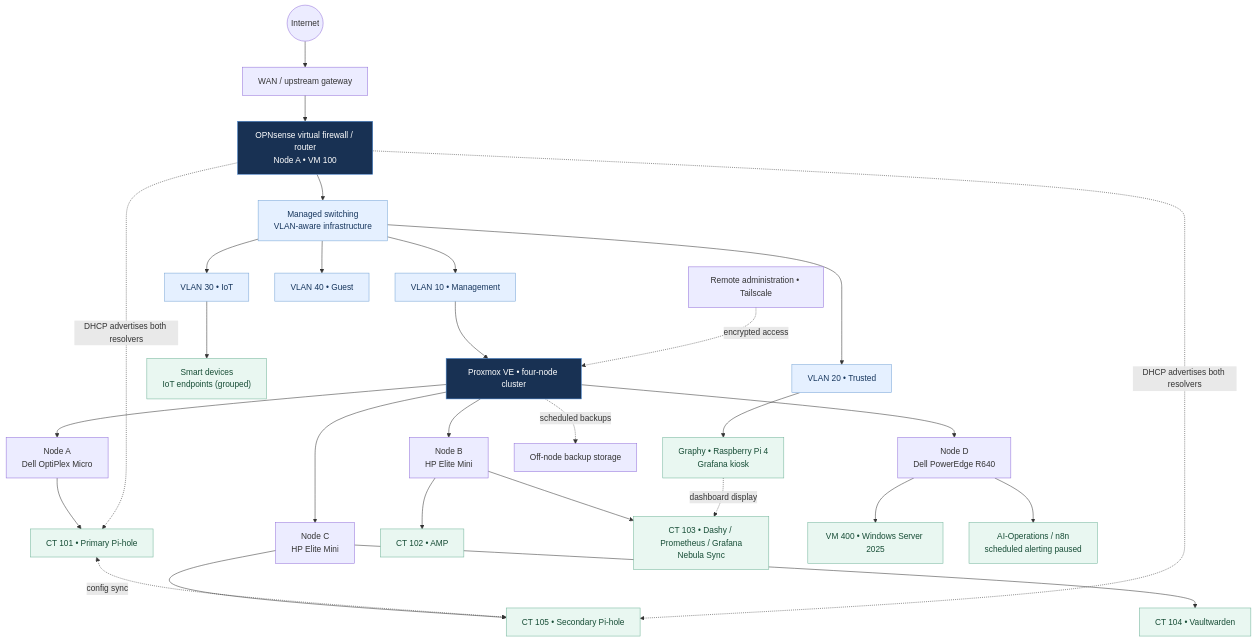
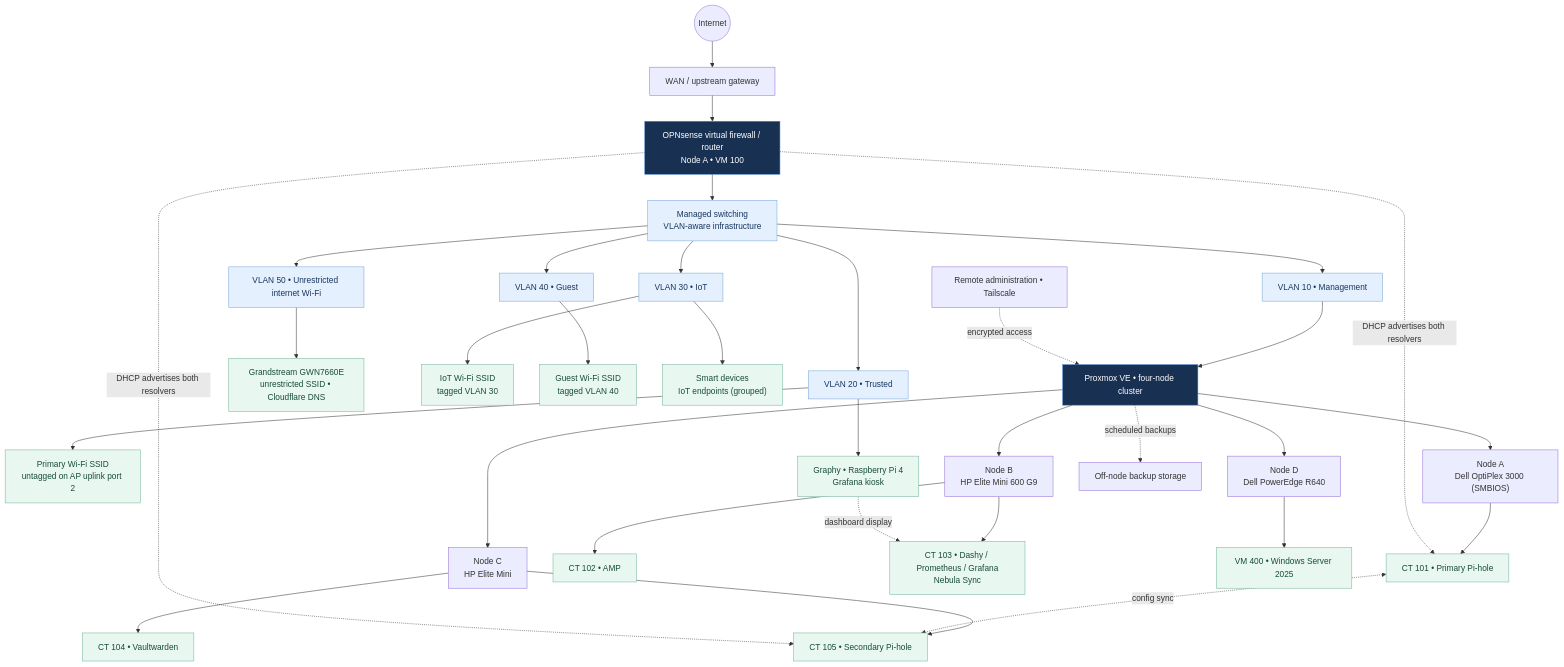
The diagram in network/diagrams/homelab-network.mmd (samuelkemp1619/HOMELAB-PORTFOLIO), drawn with Mermaid before and after one commit.

Commit message:
Sync standalone Mermaid diagram with verified logical network topology

```diff
--- a/network/diagrams/homelab-network.mmd
+++ b/network/diagrams/homelab-network.mmd
@@ -1,34 +1,38 @@
 flowchart TB
     WAN((Internet)) --> EDGE["WAN / upstream gateway"]
     EDGE --> FW["OPNsense virtual firewall / router<br/>Node A • VM 100"]
     FW --> SWITCH["Managed switching<br/>VLAN-aware infrastructure"]
     SWITCH --> V10["VLAN 10 • Management"]
     SWITCH --> V20["VLAN 20 • Trusted"]
     SWITCH --> V30["VLAN 30 • IoT"]
     SWITCH --> V40["VLAN 40 • Guest"]
+    SWITCH --> V50["VLAN 50 • Unrestricted internet Wi-Fi"]
+    V50 --> AP50["Grandstream GWN7660E<br/>unrestricted SSID • Cloudflare DNS"]
+    V20 --> PRIMARY["Primary Wi-Fi SSID<br/>untagged on AP uplink port 2"]
+    V30 --> IOTWIFI["IoT Wi-Fi SSID<br/>tagged VLAN 30"]
+    V40 --> GUESTWIFI["Guest Wi-Fi SSID<br/>tagged VLAN 40"]
     V30 --> SMART["Smart devices<br/>IoT endpoints (grouped)"]
     V10 --> CLUSTER["Proxmox VE • four-node cluster"]
-    CLUSTER --> P1["Node A<br/>Dell OptiPlex Micro"]
-    CLUSTER --> P2["Node B<br/>HP Elite Mini"]
+    CLUSTER --> P1["Node A<br/>Dell OptiPlex 3000 (SMBIOS)"]
+    CLUSTER --> P2["Node B<br/>HP Elite Mini 600 G9"]
     CLUSTER --> P3["Node C<br/>HP Elite Mini"]
     CLUSTER --> P4["Node D<br/>Dell PowerEdge R640"]
     P1 --> DNS1["CT 101 • Primary Pi-hole"]
     P2 --> APP["CT 102 • AMP"]
     P2 --> OBS["CT 103 • Dashy / Prometheus / Grafana<br/>Nebula Sync"]
     P3 --> VAULT["CT 104 • Vaultwarden"]
     P3 --> DNS2["CT 105 • Secondary Pi-hole"]
     P4 --> WIN["VM 400 • Windows Server 2025"]
-    P4 --> AI["AI-Operations / n8n<br/>scheduled alerting paused"]
     DNS1 <-. "config sync" .-> DNS2
     FW -. "DHCP advertises both resolvers" .-> DNS1
     FW -. "DHCP advertises both resolvers" .-> DNS2
     V20 --> GRAPHY["Graphy • Raspberry Pi 4<br/>Grafana kiosk"]
     GRAPHY -. "dashboard display" .-> OBS
     REMOTE["Remote administration • Tailscale"] -. "encrypted access" .-> CLUSTER
     CLUSTER -. "scheduled backups" .-> BACKUP["Off-node backup storage"]
     classDef core fill:#183153,color:#fff,stroke:#4c8ad5
     classDef network fill:#e5f0ff,color:#17365d,stroke:#77a5d6
     classDef service fill:#e9f7f1,color:#174d36,stroke:#71b49a
     class FW,CLUSTER core
-    class SWITCH,V10,V20,V30,V40 network
-    class DNS1,DNS2,OBS,VAULT,GRAPHY,APP,WIN,AI,SMART service
+    class SWITCH,V10,V20,V30,V40,V50 network
+    class DNS1,DNS2,OBS,VAULT,GRAPHY,APP,WIN,SMART,AP50,PRIMARY,IOTWIFI,GUESTWIFI service
```
